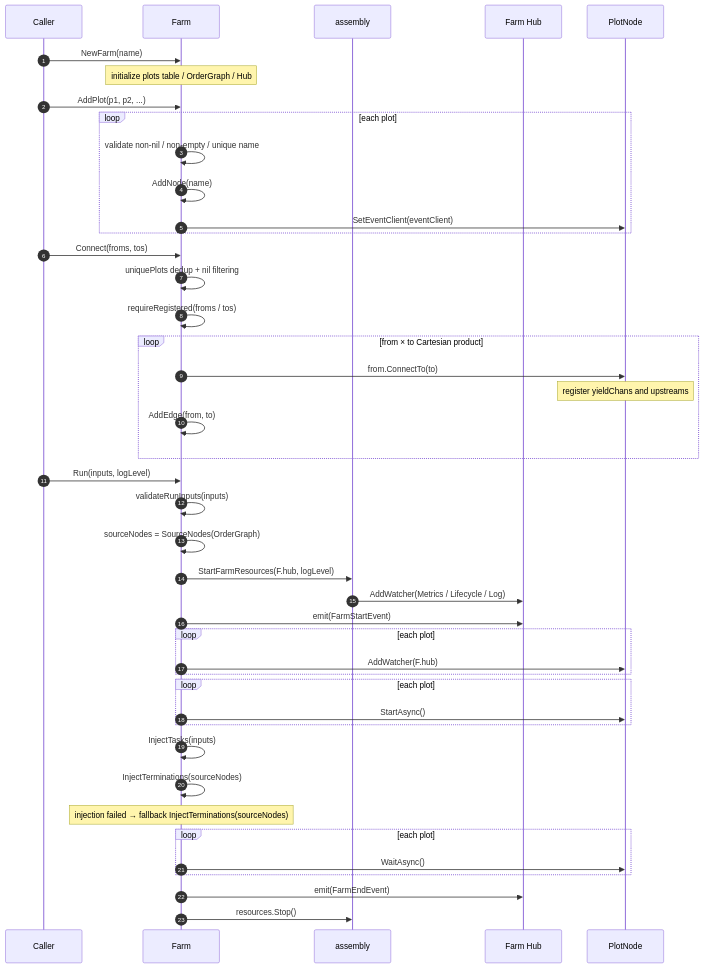
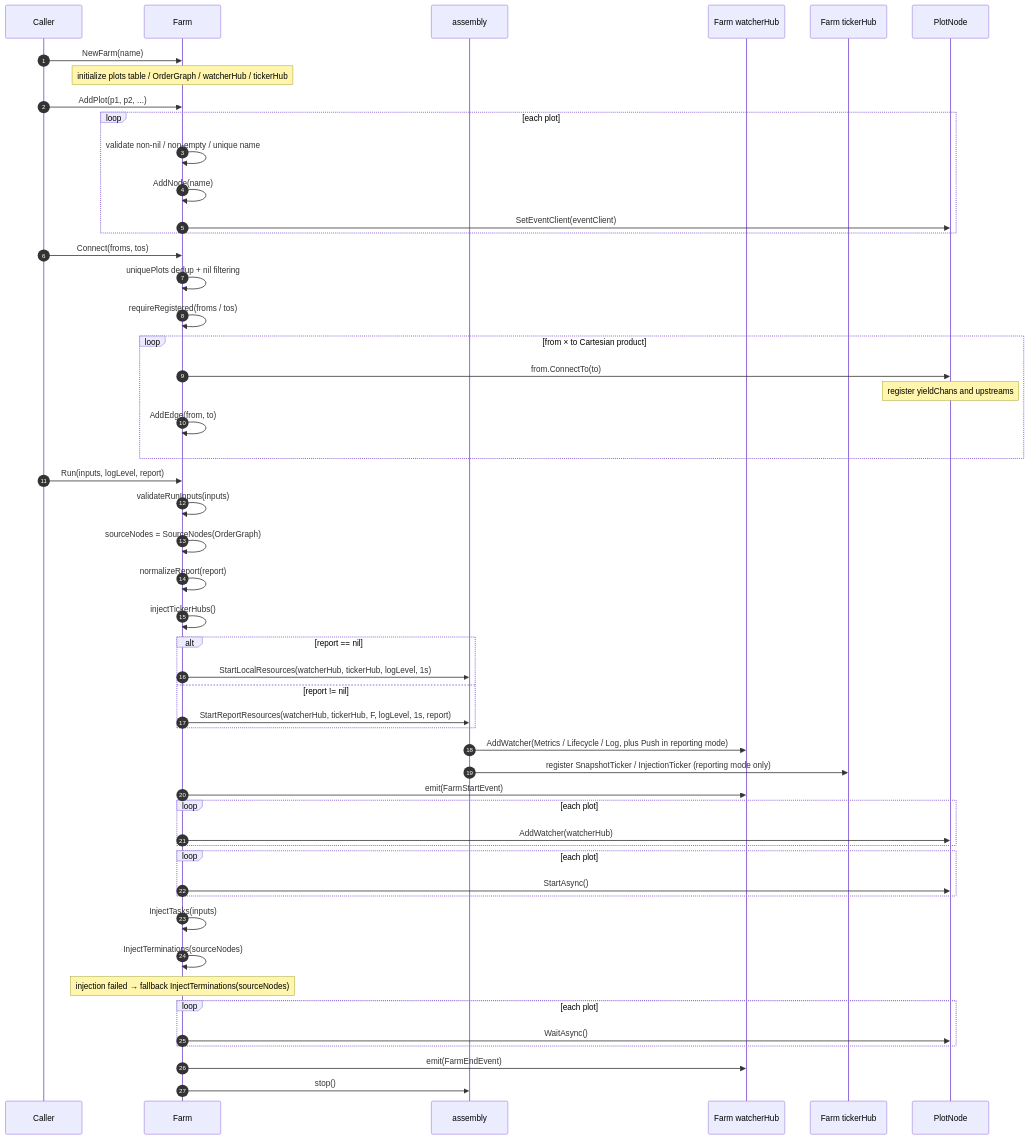
Before and after one commit to Mr-xiaotian/CelestialGrow: the first of 3 diagrams in docs/en/pkg/farm/farm.md, drawn with Mermaid. The commit also changed other lines of this file and 99 other files, not shown here.

````diff
--- a/docs/en/pkg/farm/farm.md
+++ b/docs/en/pkg/farm/farm.md
@@ -97,49 +107,57 @@
 ```mermaid
 sequenceDiagram
     autonumber
     participant U as Caller
     participant F as Farm
     participant A as assembly
-    participant H as Farm Hub
+    participant H as Farm watcherHub
+    participant T as Farm tickerHub
     participant P as PlotNode
 
     U->>F: NewFarm(name)
-    Note over F: initialize plots table / OrderGraph / Hub
+    Note over F: initialize plots table / OrderGraph / watcherHub / tickerHub
 
     U->>F: AddPlot(p1, p2, ...)
     loop each plot
         F->>F: validate non-nil / non-empty / unique name
         F->>F: AddNode(name)
         F->>P: SetEventClient(eventClient)
     end
 
     U->>F: Connect(froms, tos)
     F->>F: uniquePlots dedup + nil filtering
     F->>F: requireRegistered(froms / tos)
     loop from × to Cartesian product
         F->>P: from.ConnectTo(to)
         Note over P: register yieldChans and upstreams
         F->>F: AddEdge(from, to)
     end
 
-    U->>F: Run(inputs, logLevel)
+    U->>F: Run(inputs, logLevel, report)
     F->>F: validateRunInputs(inputs)
     F->>F: sourceNodes = SourceNodes(OrderGraph)
-    F->>A: StartFarmResources(F.hub, logLevel)
-    A->>H: AddWatcher(Metrics / Lifecycle / Log)
+    F->>F: normalizeReport(report)
+    F->>F: injectTickerHubs()
+    alt report == nil
+        F->>A: StartLocalResources(watcherHub, tickerHub, logLevel, 1s)
+    else report != nil
+        F->>A: StartReportResources(watcherHub, tickerHub, F, logLevel, 1s, report)
+    end
+    A->>H: AddWatcher(Metrics / Lifecycle / Log, plus Push in reporting mode)
+    A->>T: register SnapshotTicker / InjectionTicker (reporting mode only)
     F->>H: emit(FarmStartEvent)
     loop each plot
-        F->>P: AddWatcher(F.hub)
+        F->>P: AddWatcher(watcherHub)
     end
     loop each plot
         F->>P: StartAsync()
     end
     F->>F: InjectTasks(inputs)
     F->>F: InjectTerminations(sourceNodes)
     Note over F: injection failed → fallback InjectTerminations(sourceNodes)
     loop each plot
         F->>P: WaitAsync()
     end
     F->>H: emit(FarmEndEvent)
-    F->>A: resources.Stop()
+    F->>A: stop()
 ```
````
